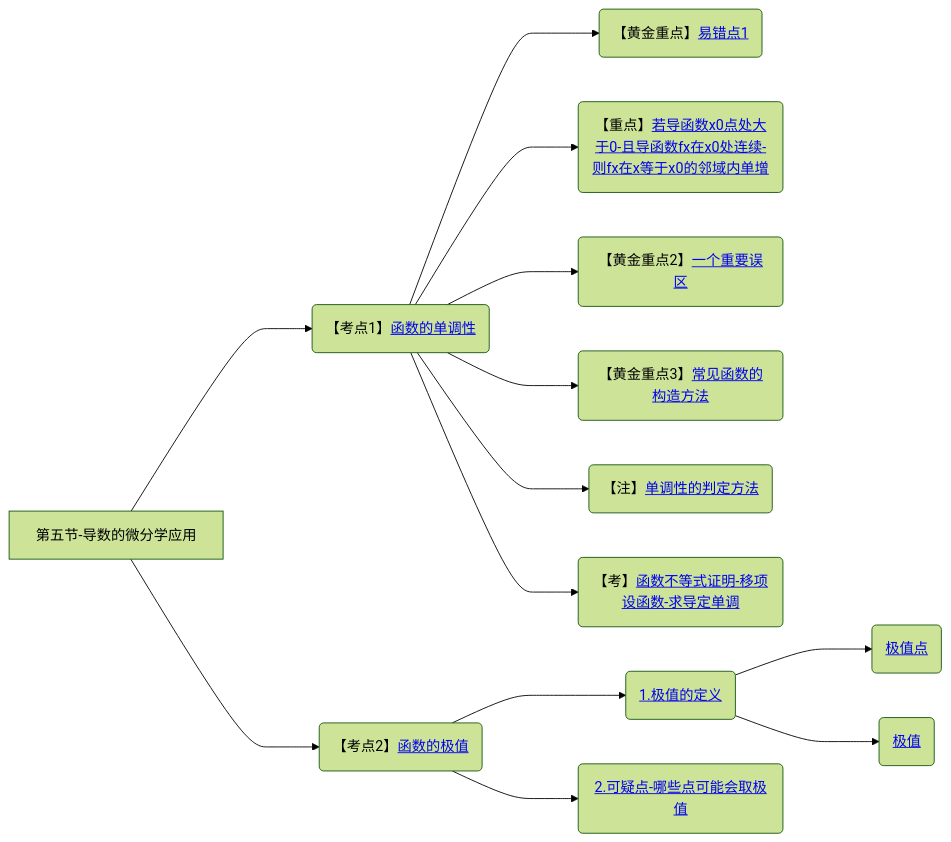
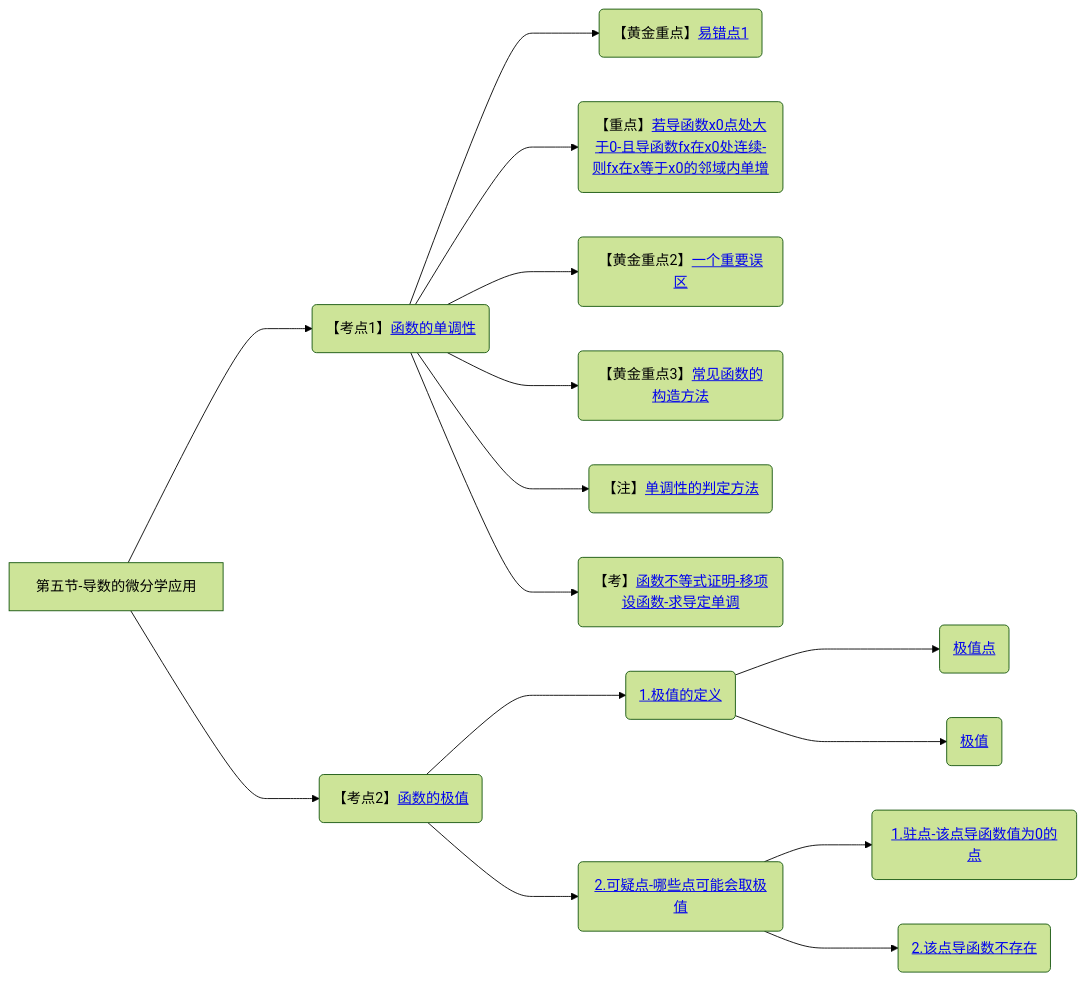
Before and after one commit to yuebinghui/note: diagram 15 of 15 in 笔记/数学/周洋鑫/01.基础班思维导图.md, drawn with Mermaid (forest theme). The commit also changed 5 other files, not shown here.

````diff
--- a/笔记/数学/周洋鑫/01.基础班思维导图.md
+++ b/笔记/数学/周洋鑫/01.基础班思维导图.md
@@ -530,18 +530,20 @@
 ```mermaid
 graph LR
 第五节-导数的微分学应用
 
 第五节-导数的微分学应用--->函数的单调性(【考点1】<a href="/Users/yuebinghui/Documents/program/github/note/笔记/数学/周洋鑫/基础班/15.导数的微分学应用_1.md#函数的单调性">函数的单调性</>)
 函数的单调性--->易错点1(【黄金重点】<a href="/Users/yuebinghui/Documents/program/github/note/笔记/数学/周洋鑫/基础班/15.导数的微分学应用_1.md#易错点1">易错点1</>)
 函数的单调性--->若导函数x0点处大于0-且导函数fx在x0处连续-则fx在x等于x0的邻域内单增(【重点】<a href="/Users/yuebinghui/Documents/program/github/note/笔记/数学/周洋鑫/基础班/15.导数的微分学应用_1.md#若导函数x0点处大于0-且导函数fx在x0处连续-则fx在x等于x0的邻域内单增">若导函数x0点处大于0-且导函数fx在x0处连续-则fx在x等于x0的邻域内单增</>)
 函数的单调性--->一个重要误区(【黄金重点2】<a href="/Users/yuebinghui/Documents/program/github/note/笔记/数学/周洋鑫/基础班/15.导数的微分学应用_1.md#一个重要误区">一个重要误区</>)
 函数的单调性--->常见函数的构造方法(【黄金重点3】<a href="/Users/yuebinghui/Documents/program/github/note/笔记/数学/周洋鑫/基础班/15.导数的微分学应用_1.md#常见函数的构造方法">常见函数的构造方法</>)
 函数的单调性--->单调性的判定方法(【注】<a href="/Users/yuebinghui/Documents/program/github/note/笔记/数学/周洋鑫/基础班/15.导数的微分学应用_1.md#单调性的判定方法">单调性的判定方法</>)
 函数的单调性--->函数不等式证明-移项设函数-求导定单调(【考】<a href="/Users/yuebinghui/Documents/program/github/note/笔记/数学/周洋鑫/基础班/15.导数的微分学应用_1.md#函数不等式证明-移项设函数-求导定单调">函数不等式证明-移项设函数-求导定单调</>)
 
 第五节-导数的微分学应用--->函数的极值(【考点2】<a href="/Users/yuebinghui/Documents/program/github/note/笔记/数学/周洋鑫/基础班/16.导数的微分学应用_2.md#函数的极值">函数的极值</>)
 函数的极值--->1.极值的定义(<a href="/Users/yuebinghui/Documents/program/github/note/笔记/数学/周洋鑫/基础班/16.导数的微分学应用_2.md#1.极值的定义">1.极值的定义</>)
 1.极值的定义--->极值点(<a href="/Users/yuebinghui/Documents/program/github/note/笔记/数学/周洋鑫/基础班/16.导数的微分学应用_2.md#极值点">极值点</>)
 1.极值的定义--->极值(<a href="/Users/yuebinghui/Documents/program/github/note/笔记/数学/周洋鑫/基础班/16.导数的微分学应用_2.md#极值">极值</>)
 函数的极值--->2.可疑点-哪些点可能会取极值(<a href="/Users/yuebinghui/Documents/program/github/note/笔记/数学/周洋鑫/基础班/16.导数的微分学应用_2.md#2.可疑点-哪些点可能会取极值">2.可疑点-哪些点可能会取极值</>)
+2.可疑点-哪些点可能会取极值--->1.驻点-该点导函数值为0的点(<a href="/Users/yuebinghui/Documents/program/github/note/笔记/数学/周洋鑫/基础班/16.导数的微分学应用_2.md#1.驻点-该点导函数值为0的点">1.驻点-该点导函数值为0的点</>)
+2.可疑点-哪些点可能会取极值--->2.该点导函数不存在(<a href="/Users/yuebinghui/Documents/program/github/note/笔记/数学/周洋鑫/基础班/16.导数的微分学应用_2.md#2.该点导函数不存在">2.该点导函数不存在</>)
 ```
````
